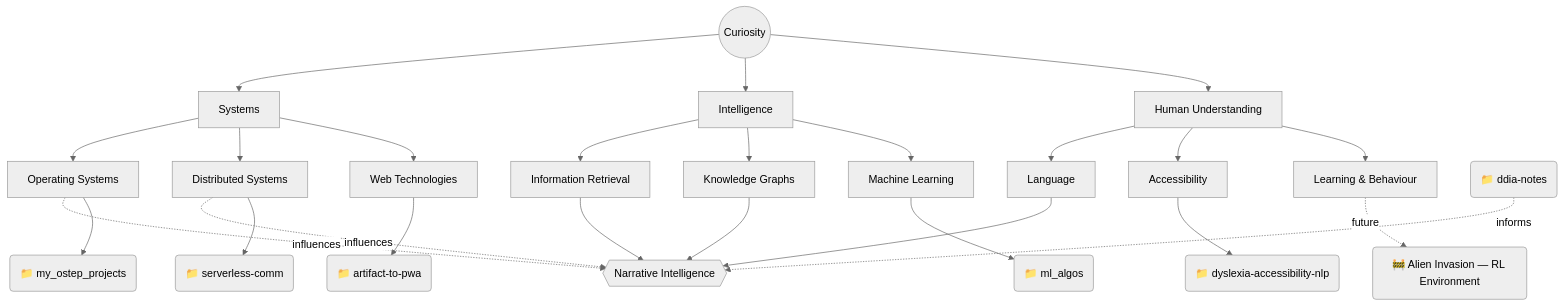
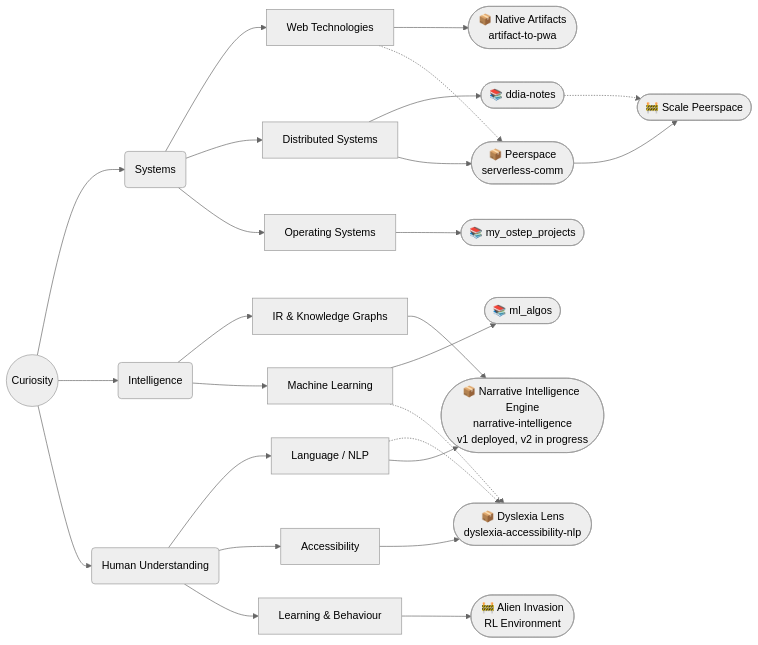
The diagram in README.md (Baaqar-007/Baaqar-007), drawn with Mermaid (neutral theme) before and after one commit. The commit also changed other lines of this file, not shown here.

Commit message:
Revise README content and flowchart structure
Updated the README to enhance clarity and structure, including improved mermaid flowchart and added interactive links.

````diff
--- a/README.md
+++ b/README.md
@@ -7,36 +5,56 @@
 ```mermaid
-flowchart TD
+flowchart LR
+    %% Root Idea
     ME((Curiosity))
 
-    ME --> SYS[Systems]
-    ME --> INT[Intelligence]
-    ME --> HUM[Human Understanding]
+    %% The 3 Core Pillars
+    ME --> SYS(Systems)
+    ME --> INT(Intelligence)
+    ME --> HUM(Human Understanding)
 
+    %% Sub-Domains
+    SYS --> WEB[Web Technologies]
+    SYS --> DIST[Distributed Systems]
     SYS --> OS[Operating Systems]
-    SYS --> DIST[Distributed Systems]
-    SYS --> WEB[Web Technologies]
 
-    INT --> IR[Information Retrieval]
-    INT --> KG[Knowledge Graphs]
+    INT --> IR[IR & Knowledge Graphs]
     INT --> ML[Machine Learning]
 
-    HUM --> NLP[Language]
+    HUM --> NLP[Language / NLP]
     HUM --> ACC[Accessibility]
     HUM --> RL[Learning & Behaviour]
 
-    OS -. influences .-> NIE{{Narrative Intelligence}}
-    DIST -. influences .-> NIE
-    IR --> NIE
-    KG --> NIE
+    %% Learning Repositories
+    DIST --> DDIA([📚 ddia-notes])
+    OS --> OSTEP([📚 my_ostep_projects])
+    ML --> ALGOS([📚 ml_algos])
+
+    %% Applied Projects
+    WEB --> ATP([📦 Native Artifacts<br>artifact-to-pwa])
+    
+    DIST --> COMM([📦 Peerspace<br>serverless-comm])
+    WEB -.-> COMM
+    
+    ACC --> DYS([📦 Dyslexia Lens<br>dyslexia-accessibility-nlp])
+    NLP -.-> DYS
+    ML -.-> DYS
+
+    %% Multi-Domain Convergence
+    IR --> NIE([📦 Narrative Intelligence Engine<br>narrative-intelligence<br>v1 deployed, v2 in progress])
     NLP --> NIE
-    DDIA -. informs .-> NIE
 
-    OS --> OSTEP("📁 my_ostep_projects")
-    ML --> ALGOS("📁 ml_algos")
-    WEB --> ATP("📁 artifact-to-pwa")
-    DIST --> COMM("📁 serverless-comm")
-    ACC --> DYS("📁 dyslexia-accessibility-nlp")
+    %% Future Scope
+    COMM --> SCALE([🚧 Scale Peerspace])
+    DDIA -.-> SCALE
+    
+    RL --> ALIEN([🚧 Alien Invasion<br>RL Environment])
 
-    DDIA("📁 ddia-notes")
-    RL -. future .-> ALIEN("🚧 Alien Invasion — RL Environment")
+    %% Interactive Node Links
+    click ATP "[https://github.com/baaqarnaqi/artifact-to-pwa](https://github.com/Baaqar-007/artifact-to-pwa)"
+    click COMM "[https://github.com/baaqarnaqi/serverless-comm](https://github.com/Baaqar-007/serverless-comm)"
+    click DYS "[https://github.com/baaqarnaqi/dyslexia-accessibility-nlp](https://github.com/Baaqar-007/dyslexia-accessibility-nlp)"
+    click NIE "[https://github.com/baaqarnaqi/narrative-intelligence](https://github.com/Baaqar-007/narrative-intelligence)"
+    click DDIA "[https://github.com/baaqarnaqi/ddia-notes](https://github.com/Baaqar-007/ddia-notes)"
+    click OSTEP "[https://github.com/baaqarnaqi/my_ostep_projects](https://github.com/Baaqar-007/my_ostep_projects)"
+    click ALGOS "[https://github.com/baaqarnaqi/ml_algos](https://github.com/Baaqar-007/ml_algos)"
 ```
````
